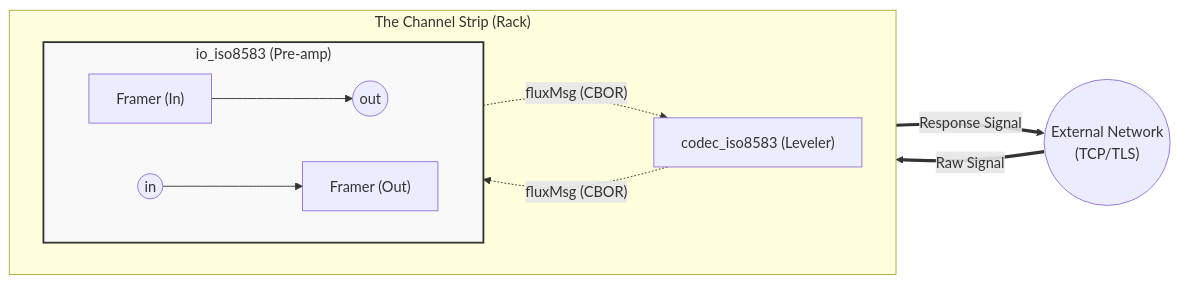
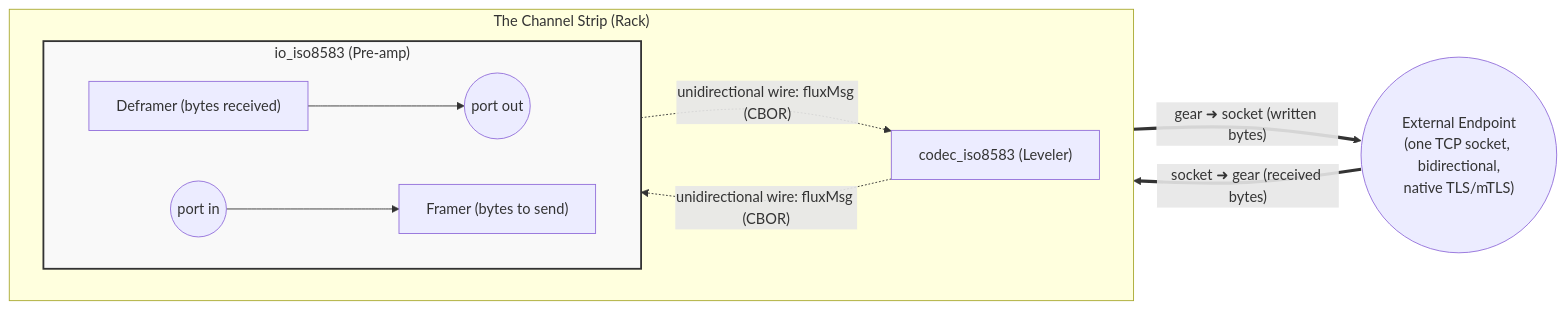
One commit to fluxrig/website changed the diagram in docs/reference/gears/io_iso8583.md. Above: the diagram before and after it, drawn with Mermaid. The commit also changed other lines of this file and 44 other files, not shown here.

````diff
--- a/docs/reference/gears/io_iso8583.md
+++ b/docs/reference/gears/io_iso8583.md
@@ -39,24 +88,25 @@
 ```mermaid
 graph LR
-    subgraph "The Channel Strip (Rack)"
+    NET(("External Endpoint<br/>(one TCP socket, bidirectional,<br/>native TLS/mTLS)"))
+
+    subgraph Rack ["The Channel Strip (Rack)"]
         direction LR
         subgraph io_iso8583 ["io_iso8583 (Pre-amp)"]
             direction LR
-            F_In["Framer (In)"] --> Out_P((out))
-            In_P((in)) --> F_Out["Framer (Out)"]
+            RX["Deframer (bytes received)"] --> Out_P((port out))
+            In_P((port in)) --> TX["Framer (bytes to send)"]
         end
         Codec["codec_iso8583 (Leveler)"]
     end
 
-    NET(("External Network<br/>(TCP/TLS)"))
-    
-    %% Signal Flow
-    NET == "Raw Signal" ==> F_In
-    F_Out == "Response Signal" ==> NET
-    
-    Out_P -.->|"fluxMsg (CBOR)"| Codec
-    Codec -.->|"fluxMsg (CBOR)"| In_P
+    %% One socket, two directions
+    NET == "socket ➜ gear (received bytes)" ==> RX
+    TX == "gear ➜ socket (written bytes)" ==> NET
+
+    %% Two unidirectional wires
+    Out_P -.->|"unidirectional wire: fluxMsg (CBOR)"| Codec
+    Codec -.->|"unidirectional wire: fluxMsg (CBOR)"| In_P
 
     classDef gear fill:#f9f9f9,stroke:#333,stroke-width:2px;
     class io_iso8583 gear;
 ```
````
